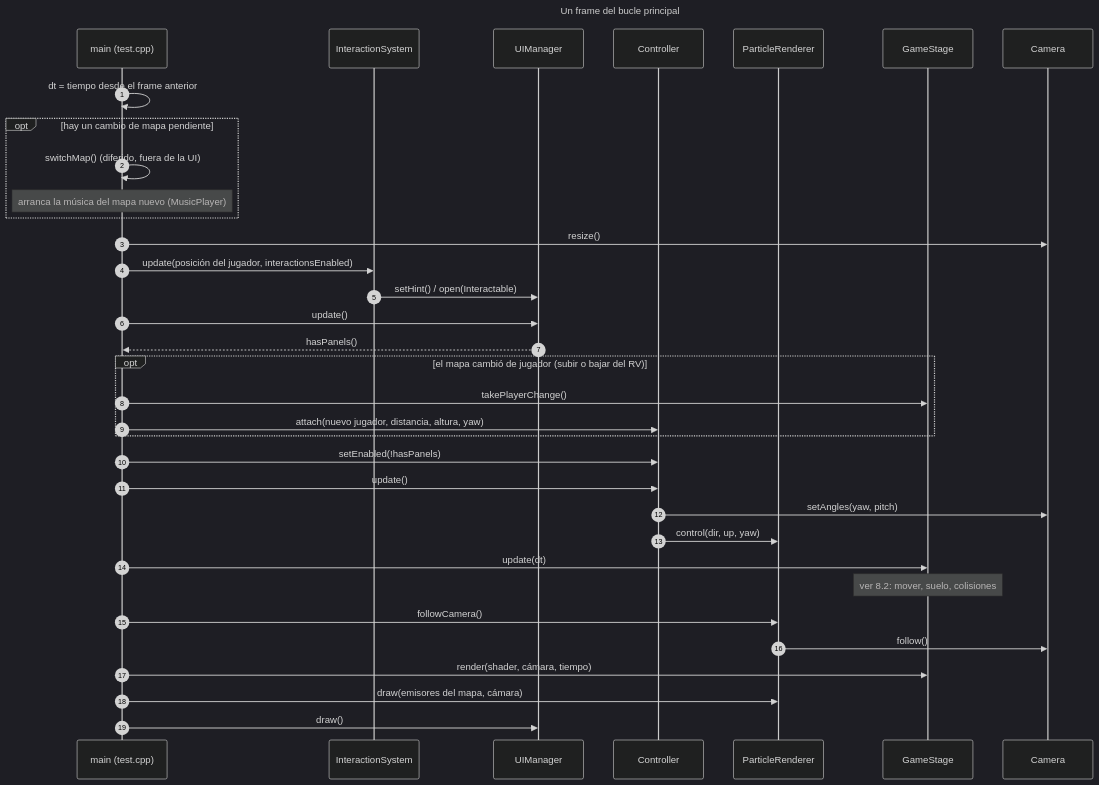
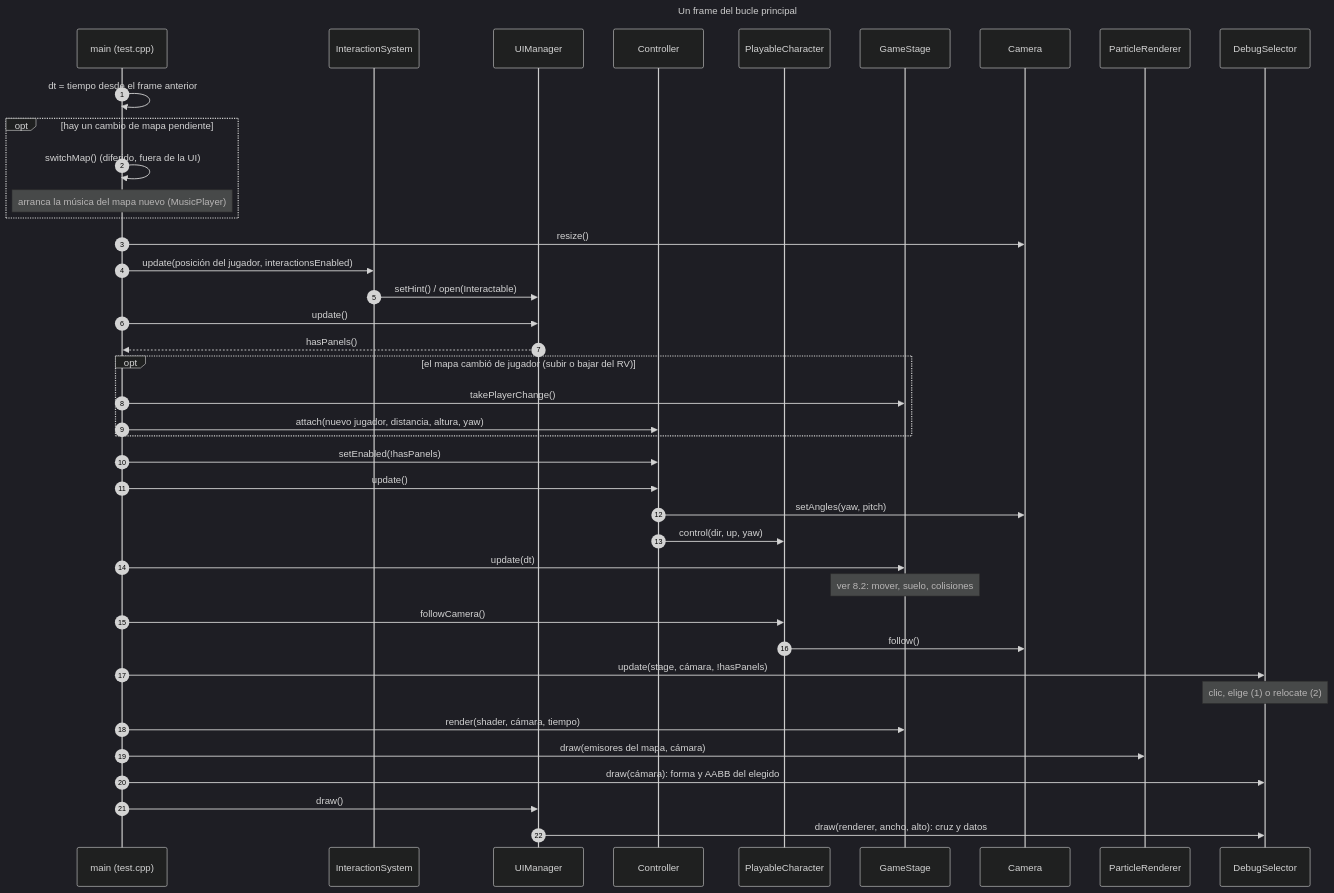
Before and after one commit to Joselitus/3Dengine: the eighth of 11 diagrams in docs/UML.md, drawn with Mermaid (dark theme). The commit also changed other lines of this file and 34 other files, not shown here.

````diff
--- a/docs/UML.md
+++ b/docs/UML.md
@@ -1051,41 +1123,46 @@
 ```mermaid
 ---
 title: Un frame del bucle principal
 ---
 sequenceDiagram
     autonumber
     participant M as main (test.cpp)
     participant I as InteractionSystem
     participant U as UIManager
     participant C as Controller
     participant P as PlayableCharacter
     participant S as GameStage
     participant K as Camera
-    participant P as ParticleRenderer
+    participant R as ParticleRenderer
+    participant D as DebugSelector
 
     M->>M: dt = tiempo desde el frame anterior
     opt hay un cambio de mapa pendiente
         M->>M: switchMap() (diferido, fuera de la UI)
         Note over M: arranca la música del mapa nuevo (MusicPlayer)
     end
     M->>K: resize()
     M->>I: update(posición del jugador, interactionsEnabled)
     I->>U: setHint() / open(Interactable)
     M->>U: update()
     U-->>M: hasPanels()
     opt el mapa cambió de jugador (subir o bajar del RV)
         M->>S: takePlayerChange()
         M->>C: attach(nuevo jugador, distancia, altura, yaw)
     end
     M->>C: setEnabled(!hasPanels)
     M->>C: update()
     C->>K: setAngles(yaw, pitch)
     C->>P: control(dir, up, yaw)
     M->>S: update(dt)
     Note over S: ver 8.2: mover, suelo, colisiones
     M->>P: followCamera()
     P->>K: follow()
+    M->>D: update(stage, cámara, !hasPanels)
+    Note over D: clic, elige (1) o relocate (2)
     M->>S: render(shader, cámara, tiempo)
-    M->>P: draw(emisores del mapa, cámara)
+    M->>R: draw(emisores del mapa, cámara)
+    M->>D: draw(cámara): forma y AABB del elegido
     M->>U: draw()
+    U->>D: draw(renderer, ancho, alto): cruz y datos
 ```
````
